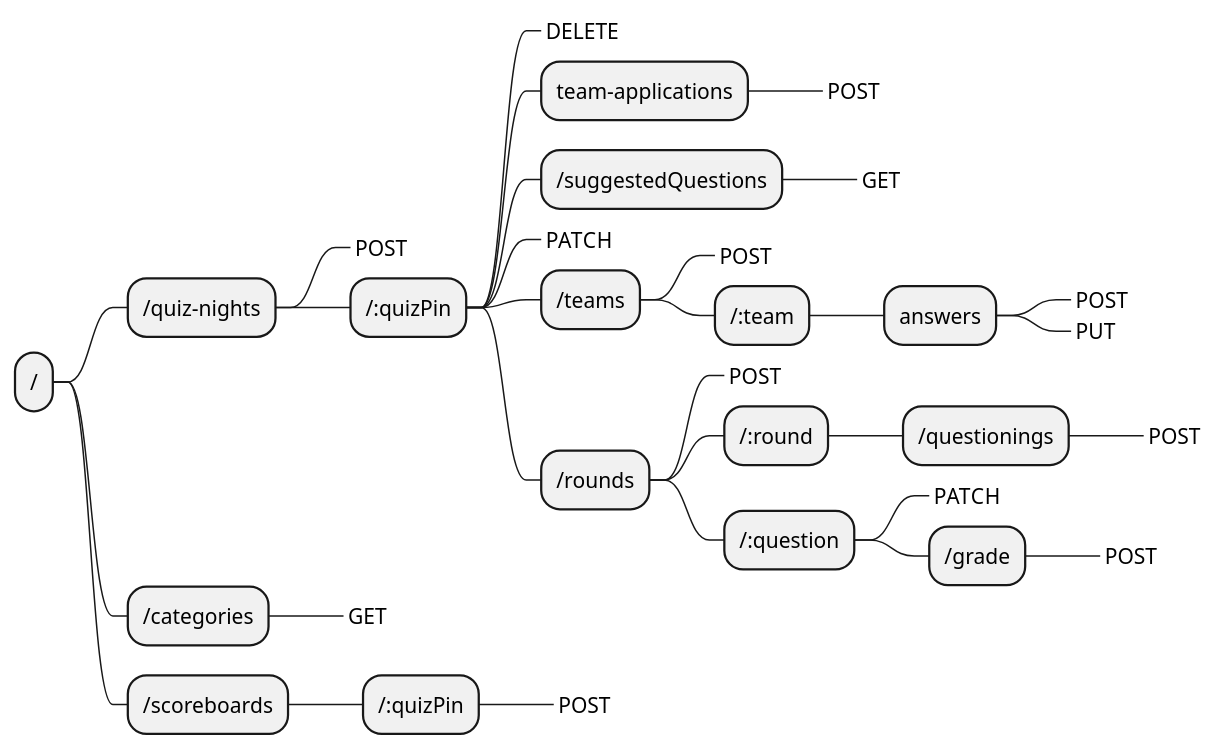
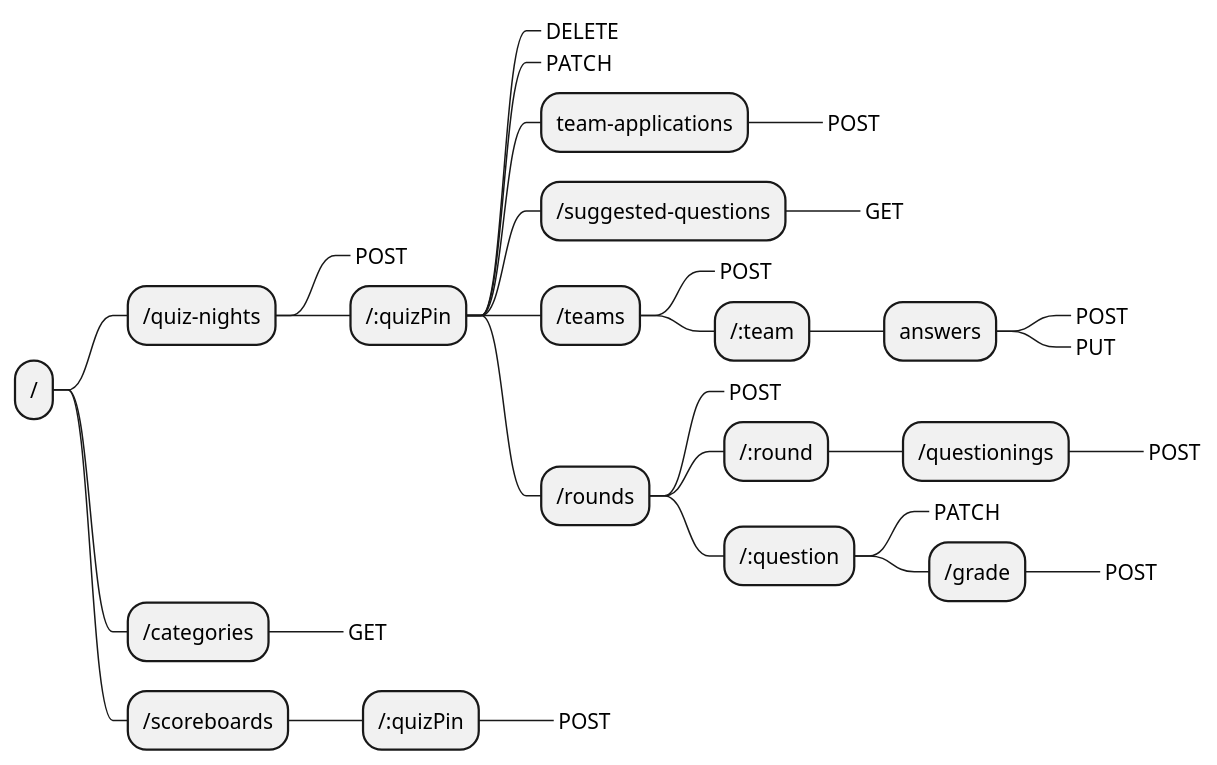
The first of 2 diagrams in docs/apiDocs.md (TomVermeer/dwaquiz), drawn with PlantUML before and after one commit. The commit also changed 20 other files, not shown here.

````diff
--- a/docs/apiDocs.md
+++ b/docs/apiDocs.md
@@ -22,34 +22,34 @@
 ```puml
 @startmindmap
 * /
  * /quiz-nights
   *_ POST
   * /:quizPin
    *_ DELETE
+   *_ PATCH
    * team-applications
     *_ POST
-   * /suggestedQuestions
+   * /suggested-questions
     *_ GET
-   *_ PATCH
    * /teams
     *_ POST
     * /:team
      * answers
       *_ POST
       *_ PUT
    * /rounds
     *_ POST
     * /:round
      * /questionings
       *_ POST
     * /:question
      *_ PATCH
      * /grade
       *_ POST
  * /categories
   *_ GET
  * /scoreboards
   * /:quizPin
    *_ POST
 @endmindmap
 ```
````
